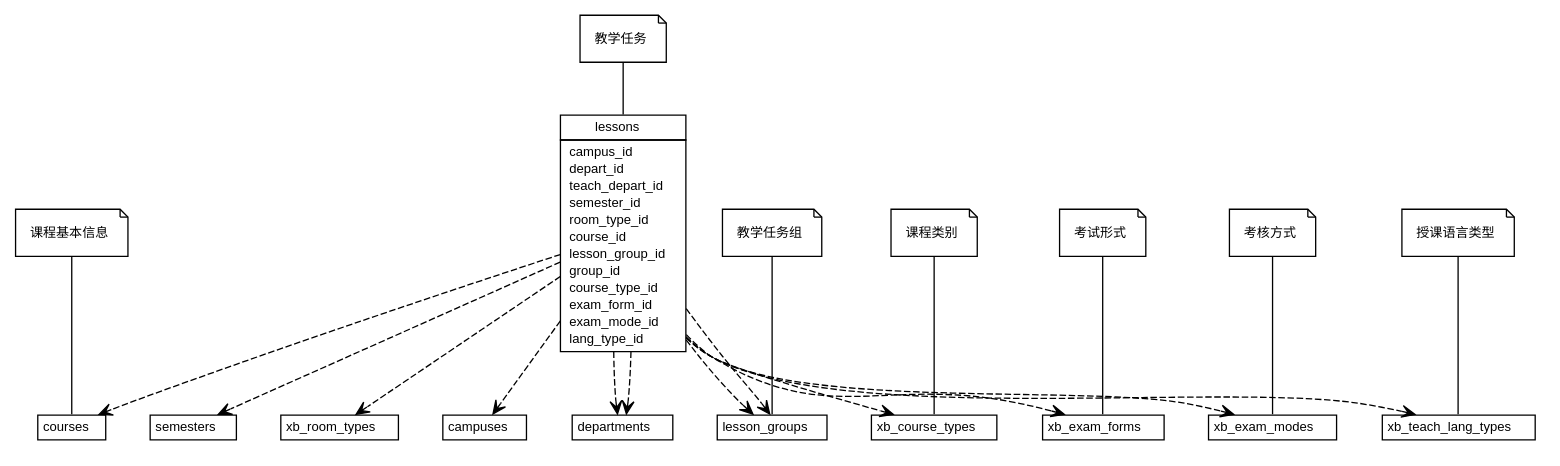
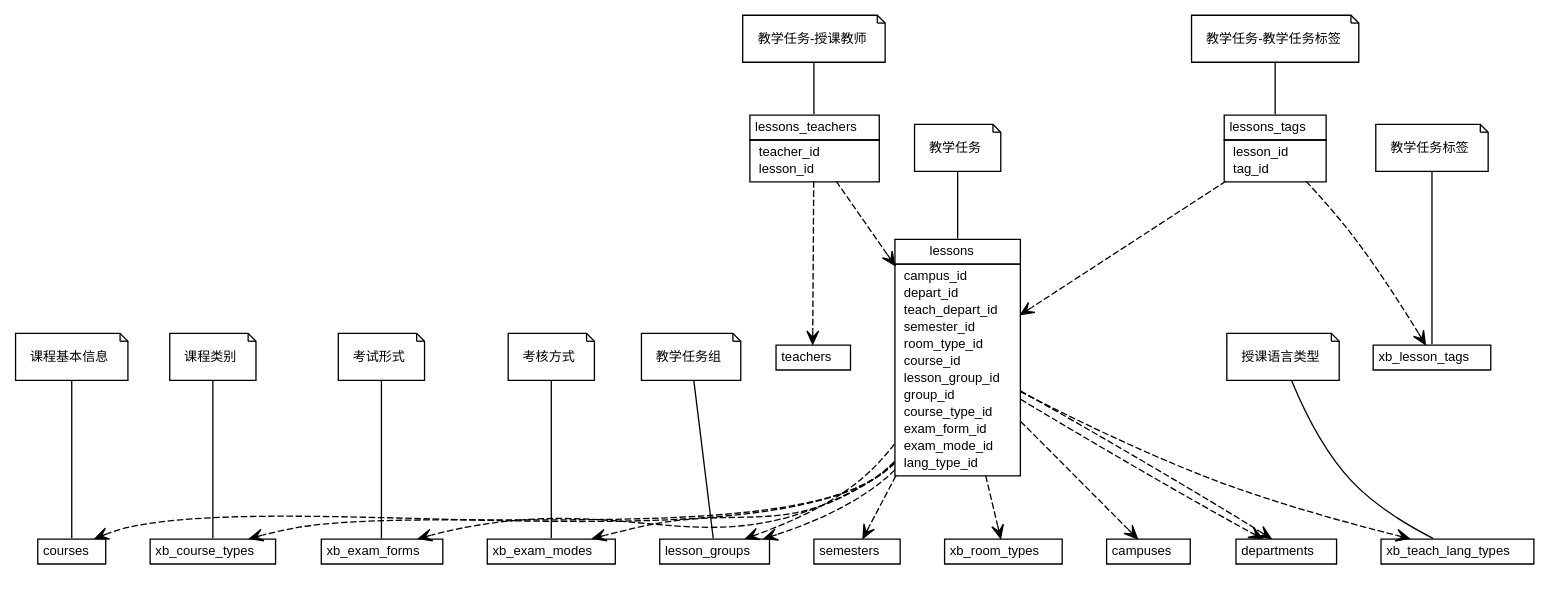
Before and after one commit to openurp/openurp.github.io: the diagram in module/model/urp_edu_teach/images/lesson.dot, drawn with Graphviz. The commit also changed 138 other files, not shown here.

```diff
--- a/module/model/urp_edu_teach/images/lesson.dot
+++ b/module/model/urp_edu_teach/images/lesson.dot
@@ -9,8 +9,42 @@
 	node [fontname="Helvetica",fontsize=10,shape=plaintext];
 	nodesep=0.25;
 	ranksep=0.5;
+	// lessons_tags
+	c37 [label=<<table title="lessons_tags" border="0" cellborder="1" cellspacing="0" cellpadding="2" port="p">
+		<tr><td><table border="0" cellspacing="0" cellpadding="1">
+<tr><td align="center" balign="center"> lessons_tags </td></tr>
+		</table></td></tr>
+		<tr><td><table border="0" cellspacing="0" cellpadding="1">
+<tr><td align="left" balign="left">  lesson_id </td></tr>
+<tr><td align="left" balign="left">  tag_id </td></tr>
+		</table></td></tr>
+		</table>>, URL="null", fontname="Helvetica", fontcolor="black", fontsize=10.0];
+	// Note annotation
+	n0cc37 [label=<<table title="lessons_tags" border="0" cellborder="0" cellspacing="0" cellpadding="2" port="p">
+		<tr><td><table border="0" cellspacing="0" cellpadding="1">
+<tr><td align="left" balign="left"> 教学任务-教学任务标签 </td></tr>
+		</table></td></tr>
+		</table>>, fontname="Helvetica", fontcolor="black", fontsize=10.0, shape=note];
+	n0cc37 -> c37:p[arrowhead=none];
+	// lessons_teachers
+	c38 [label=<<table title="lessons_teachers" border="0" cellborder="1" cellspacing="0" cellpadding="2" port="p">
+		<tr><td><table border="0" cellspacing="0" cellpadding="1">
+<tr><td align="center" balign="center"> lessons_teachers </td></tr>
+		</table></td></tr>
+		<tr><td><table border="0" cellspacing="0" cellpadding="1">
+<tr><td align="left" balign="left">  teacher_id </td></tr>
+<tr><td align="left" balign="left">  lesson_id </td></tr>
+		</table></td></tr>
+		</table>>, URL="null", fontname="Helvetica", fontcolor="black", fontsize=10.0];
+	// Note annotation
+	n0cc38 [label=<<table title="lessons_teachers" border="0" cellborder="0" cellspacing="0" cellpadding="2" port="p">
+		<tr><td><table border="0" cellspacing="0" cellpadding="1">
+<tr><td align="left" balign="left"> 教学任务-授课教师 </td></tr>
+		</table></td></tr>
+		</table>>, fontname="Helvetica", fontcolor="black", fontsize=10.0, shape=note];
+	n0cc38 -> c38:p[arrowhead=none];
 	// lessons
-	c9 [label=<<table title="lessons" border="0" cellborder="1" cellspacing="0" cellpadding="2" port="p">
+	c39 [label=<<table title="lessons" border="0" cellborder="1" cellspacing="0" cellpadding="2" port="p">
 		<tr><td><table border="0" cellspacing="0" cellpadding="1">
 <tr><td align="center" balign="center"> lessons </td></tr>
 		</table></td></tr>
@@ -30,136 +64,163 @@
 		</table></td></tr>
 		</table>>, URL="null", fontname="Helvetica", fontcolor="black", fontsize=10.0];
 	// Note annotation
-	n0cc9 [label=<<table title="lessons" border="0" cellborder="0" cellspacing="0" cellpadding="2" port="p">
+	n0cc39 [label=<<table title="lessons" border="0" cellborder="0" cellspacing="0" cellpadding="2" port="p">
 		<tr><td><table border="0" cellspacing="0" cellpadding="1">
 <tr><td align="left" balign="left"> 教学任务 </td></tr>
 		</table></td></tr>
 		</table>>, fontname="Helvetica", fontcolor="black", fontsize=10.0, shape=note];
-	n0cc9 -> c9:p[arrowhead=none];
+	n0cc39 -> c39:p[arrowhead=none];
+	// xb_lesson_tags
+	c40 [label=<<table title="xb_lesson_tags" border="0" cellborder="1" cellspacing="0" cellpadding="2" port="p">
+		<tr><td><table border="0" cellspacing="0" cellpadding="1">
+<tr><td align="center" balign="center"> xb_lesson_tags </td></tr>
+		</table></td></tr>
+		</table>>, URL="null", fontname="Helvetica", fontcolor="black", fontsize=10.0];
+	// Note annotation
+	n0cc40 [label=<<table title="xb_lesson_tags" border="0" cellborder="0" cellspacing="0" cellpadding="2" port="p">
+		<tr><td><table border="0" cellspacing="0" cellpadding="1">
+<tr><td align="left" balign="left"> 教学任务标签 </td></tr>
+		</table></td></tr>
+		</table>>, fontname="Helvetica", fontcolor="black", fontsize=10.0, shape=note];
+	n0cc40 -> c40:p[arrowhead=none];
+	// teachers
+	c41 [label=<<table title="teachers" border="0" cellborder="1" cellspacing="0" cellpadding="2" port="p">
+		<tr><td><table border="0" cellspacing="0" cellpadding="1">
+<tr><td align="center" balign="center"> teachers </td></tr>
+		</table></td></tr>
+		</table>>, URL="null", fontname="Helvetica", fontcolor="black", fontsize=10.0];
 	// campuses
-	c10 [label=<<table title="campuses" border="0" cellborder="1" cellspacing="0" cellpadding="2" port="p">
+	c42 [label=<<table title="campuses" border="0" cellborder="1" cellspacing="0" cellpadding="2" port="p">
 		<tr><td><table border="0" cellspacing="0" cellpadding="1">
 <tr><td align="center" balign="center"> campuses </td></tr>
 		</table></td></tr>
 		</table>>, URL="null", fontname="Helvetica", fontcolor="black", fontsize=10.0];
 	// departments
-	c11 [label=<<table title="departments" border="0" cellborder="1" cellspacing="0" cellpadding="2" port="p">
+	c43 [label=<<table title="departments" border="0" cellborder="1" cellspacing="0" cellpadding="2" port="p">
 		<tr><td><table border="0" cellspacing="0" cellpadding="1">
 <tr><td align="center" balign="center"> departments </td></tr>
 		</table></td></tr>
 		</table>>, URL="null", fontname="Helvetica", fontcolor="black", fontsize=10.0];
 	// semesters
-	c12 [label=<<table title="semesters" border="0" cellborder="1" cellspacing="0" cellpadding="2" port="p">
+	c44 [label=<<table title="semesters" border="0" cellborder="1" cellspacing="0" cellpadding="2" port="p">
 		<tr><td><table border="0" cellspacing="0" cellpadding="1">
 <tr><td align="center" balign="center"> semesters </td></tr>
 		</table></td></tr>
 		</table>>, URL="null", fontname="Helvetica", fontcolor="black", fontsize=10.0];
 	// xb_room_types
-	c13 [label=<<table title="xb_room_types" border="0" cellborder="1" cellspacing="0" cellpadding="2" port="p">
+	c45 [label=<<table title="xb_room_types" border="0" cellborder="1" cellspacing="0" cellpadding="2" port="p">
 		<tr><td><table border="0" cellspacing="0" cellpadding="1">
 <tr><td align="center" balign="center"> xb_room_types </td></tr>
 		</table></td></tr>
 		</table>>, URL="null", fontname="Helvetica", fontcolor="black", fontsize=10.0];
 	// courses
-	c14 [label=<<table title="courses" border="0" cellborder="1" cellspacing="0" cellpadding="2" port="p">
+	c46 [label=<<table title="courses" border="0" cellborder="1" cellspacing="0" cellpadding="2" port="p">
 		<tr><td><table border="0" cellspacing="0" cellpadding="1">
 <tr><td align="center" balign="center"> courses </td></tr>
 		</table></td></tr>
 		</table>>, URL="null", fontname="Helvetica", fontcolor="black", fontsize=10.0];
 	// Note annotation
-	n0cc14 [label=<<table title="courses" border="0" cellborder="0" cellspacing="0" cellpadding="2" port="p">
+	n0cc46 [label=<<table title="courses" border="0" cellborder="0" cellspacing="0" cellpadding="2" port="p">
 		<tr><td><table border="0" cellspacing="0" cellpadding="1">
 <tr><td align="left" balign="left"> 课程基本信息 </td></tr>
 		</table></td></tr>
 		</table>>, fontname="Helvetica", fontcolor="black", fontsize=10.0, shape=note];
-	n0cc14 -> c14:p[arrowhead=none];
+	n0cc46 -> c46:p[arrowhead=none];
 	// lesson_groups
-	c15 [label=<<table title="lesson_groups" border="0" cellborder="1" cellspacing="0" cellpadding="2" port="p">
+	c47 [label=<<table title="lesson_groups" border="0" cellborder="1" cellspacing="0" cellpadding="2" port="p">
 		<tr><td><table border="0" cellspacing="0" cellpadding="1">
 <tr><td align="center" balign="center"> lesson_groups </td></tr>
 		</table></td></tr>
 		</table>>, URL="null", fontname="Helvetica", fontcolor="black", fontsize=10.0];
 	// Note annotation
-	n0cc15 [label=<<table title="lesson_groups" border="0" cellborder="0" cellspacing="0" cellpadding="2" port="p">
+	n0cc47 [label=<<table title="lesson_groups" border="0" cellborder="0" cellspacing="0" cellpadding="2" port="p">
 		<tr><td><table border="0" cellspacing="0" cellpadding="1">
 <tr><td align="left" balign="left"> 教学任务组 </td></tr>
 		</table></td></tr>
 		</table>>, fontname="Helvetica", fontcolor="black", fontsize=10.0, shape=note];
-	n0cc15 -> c15:p[arrowhead=none];
+	n0cc47 -> c47:p[arrowhead=none];
 	// xb_course_types
-	c16 [label=<<table title="xb_course_types" border="0" cellborder="1" cellspacing="0" cellpadding="2" port="p">
+	c48 [label=<<table title="xb_course_types" border="0" cellborder="1" cellspacing="0" cellpadding="2" port="p">
 		<tr><td><table border="0" cellspacing="0" cellpadding="1">
 <tr><td align="center" balign="center"> xb_course_types </td></tr>
 		</table></td></tr>
 		</table>>, URL="null", fontname="Helvetica", fontcolor="black", fontsize=10.0];
 	// Note annotation
-	n0cc16 [label=<<table title="xb_course_types" border="0" cellborder="0" cellspacing="0" cellpadding="2" port="p">
+	n0cc48 [label=<<table title="xb_course_types" border="0" cellborder="0" cellspacing="0" cellpadding="2" port="p">
 		<tr><td><table border="0" cellspacing="0" cellpadding="1">
 <tr><td align="left" balign="left"> 课程类别 </td></tr>
 		</table></td></tr>
 		</table>>, fontname="Helvetica", fontcolor="black", fontsize=10.0, shape=note];
-	n0cc16 -> c16:p[arrowhead=none];
+	n0cc48 -> c48:p[arrowhead=none];
 	// xb_exam_forms
-	c17 [label=<<table title="xb_exam_forms" border="0" cellborder="1" cellspacing="0" cellpadding="2" port="p">
+	c49 [label=<<table title="xb_exam_forms" border="0" cellborder="1" cellspacing="0" cellpadding="2" port="p">
 		<tr><td><table border="0" cellspacing="0" cellpadding="1">
 <tr><td align="center" balign="center"> xb_exam_forms </td></tr>
 		</table></td></tr>
 		</table>>, URL="null", fontname="Helvetica", fontcolor="black", fontsize=10.0];
 	// Note annotation
-	n0cc17 [label=<<table title="xb_exam_forms" border="0" cellborder="0" cellspacing="0" cellpadding="2" port="p">
+	n0cc49 [label=<<table title="xb_exam_forms" border="0" cellborder="0" cellspacing="0" cellpadding="2" port="p">
 		<tr><td><table border="0" cellspacing="0" cellpadding="1">
 <tr><td align="left" balign="left"> 考试形式 </td></tr>
 		</table></td></tr>
 		</table>>, fontname="Helvetica", fontcolor="black", fontsize=10.0, shape=note];
-	n0cc17 -> c17:p[arrowhead=none];
+	n0cc49 -> c49:p[arrowhead=none];
 	// xb_exam_modes
-	c18 [label=<<table title="xb_exam_modes" border="0" cellborder="1" cellspacing="0" cellpadding="2" port="p">
+	c50 [label=<<table title="xb_exam_modes" border="0" cellborder="1" cellspacing="0" cellpadding="2" port="p">
 		<tr><td><table border="0" cellspacing="0" cellpadding="1">
 <tr><td align="center" balign="center"> xb_exam_modes </td></tr>
 		</table></td></tr>
 		</table>>, URL="null", fontname="Helvetica", fontcolor="black", fontsize=10.0];
 	// Note annotation
-	n0cc18 [label=<<table title="xb_exam_modes" border="0" cellborder="0" cellspacing="0" cellpadding="2" port="p">
+	n0cc50 [label=<<table title="xb_exam_modes" border="0" cellborder="0" cellspacing="0" cellpadding="2" port="p">
 		<tr><td><table border="0" cellspacing="0" cellpadding="1">
 <tr><td align="left" balign="left"> 考核方式 </td></tr>
 		</table></td></tr>
 		</table>>, fontname="Helvetica", fontcolor="black", fontsize=10.0, shape=note];
-	n0cc18 -> c18:p[arrowhead=none];
+	n0cc50 -> c50:p[arrowhead=none];
 	// xb_teach_lang_types
-	c19 [label=<<table title="xb_teach_lang_types" border="0" cellborder="1" cellspacing="0" cellpadding="2" port="p">
+	c51 [label=<<table title="xb_teach_lang_types" border="0" cellborder="1" cellspacing="0" cellpadding="2" port="p">
 		<tr><td><table border="0" cellspacing="0" cellpadding="1">
 <tr><td align="center" balign="center"> xb_teach_lang_types </td></tr>
 		</table></td></tr>
 		</table>>, URL="null", fontname="Helvetica", fontcolor="black", fontsize=10.0];
 	// Note annotation
-	n0cc19 [label=<<table title="xb_teach_lang_types" border="0" cellborder="0" cellspacing="0" cellpadding="2" port="p">
+	n0cc51 [label=<<table title="xb_teach_lang_types" border="0" cellborder="0" cellspacing="0" cellpadding="2" port="p">
 		<tr><td><table border="0" cellspacing="0" cellpadding="1">
 <tr><td align="left" balign="left"> 授课语言类型 </td></tr>
 		</table></td></tr>
 		</table>>, fontname="Helvetica", fontcolor="black", fontsize=10.0, shape=note];
-	n0cc19 -> c19:p[arrowhead=none];
+	n0cc51 -> c51:p[arrowhead=none];
+	// lessons_tags DEPEND lessons
+	c37:p -> c39:p [taillabel="", label="", headlabel="", fontname="Helvetica", fontcolor="black", fontsize=10.0, color="black", arrowhead=open, style=dashed];
+	// lessons_tags DEPEND xb_lesson_tags
+	c37:p -> c40:p [taillabel="", label="", headlabel="", fontname="Helvetica", fontcolor="black", fontsize=10.0, color="black", arrowhead=open, style=dashed];
+	// lessons_teachers DEPEND teachers
+	c38:p -> c41:p [taillabel="", label="", headlabel="", fontname="Helvetica", fontcolor="black", fontsize=10.0, color="black", arrowhead=open, style=dashed];
+	// lessons_teachers DEPEND lessons
+	c38:p -> c39:p [taillabel="", label="", headlabel="", fontname="Helvetica", fontcolor="black", fontsize=10.0, color="black", arrowhead=open, style=dashed];
 	// lessons DEPEND campuses
-	c9:p -> c10:p [taillabel="", label="", headlabel="", fontname="Helvetica", fontcolor="black", fontsize=10.0, color="black", arrowhead=open, style=dashed];
+	c39:p -> c42:p [taillabel="", label="", headlabel="", fontname="Helvetica", fontcolor="black", fontsize=10.0, color="black", arrowhead=open, style=dashed];
 	// lessons DEPEND departments
-	c9:p -> c11:p [taillabel="", label="", headlabel="", fontname="Helvetica", fontcolor="black", fontsize=10.0, color="black", arrowhead=open, style=dashed];
+	c39:p -> c43:p [taillabel="", label="", headlabel="", fontname="Helvetica", fontcolor="black", fontsize=10.0, color="black", arrowhead=open, style=dashed];
 	// lessons DEPEND departments
-	c9:p -> c11:p [taillabel="", label="", headlabel="", fontname="Helvetica", fontcolor="black", fontsize=10.0, color="black", arrowhead=open, style=dashed];
+	c39:p -> c43:p [taillabel="", label="", headlabel="", fontname="Helvetica", fontcolor="black", fontsize=10.0, color="black", arrowhead=open, style=dashed];
 	// lessons DEPEND semesters
-	c9:p -> c12:p [taillabel="", label="", headlabel="", fontname="Helvetica", fontcolor="black", fontsize=10.0, color="black", arrowhead=open, style=dashed];
+	c39:p -> c44:p [taillabel="", label="", headlabel="", fontname="Helvetica", fontcolor="black", fontsize=10.0, color="black", arrowhead=open, style=dashed];
 	// lessons DEPEND xb_room_types
-	c9:p -> c13:p [taillabel="", label="", headlabel="", fontname="Helvetica", fontcolor="black", fontsize=10.0, color="black", arrowhead=open, style=dashed];
+	c39:p -> c45:p [taillabel="", label="", headlabel="", fontname="Helvetica", fontcolor="black", fontsize=10.0, color="black", arrowhead=open, style=dashed];
 	// lessons DEPEND courses
-	c9:p -> c14:p [taillabel="", label="", headlabel="", fontname="Helvetica", fontcolor="black", fontsize=10.0, color="black", arrowhead=open, style=dashed];
+	c39:p -> c46:p [taillabel="", label="", headlabel="", fontname="Helvetica", fontcolor="black", fontsize=10.0, color="black", arrowhead=open, style=dashed];
 	// lessons DEPEND lesson_groups
-	c9:p -> c15:p [taillabel="", label="", headlabel="", fontname="Helvetica", fontcolor="black", fontsize=10.0, color="black", arrowhead=open, style=dashed];
+	c39:p -> c47:p [taillabel="", label="", headlabel="", fontname="Helvetica", fontcolor="black", fontsize=10.0, color="black", arrowhead=open, style=dashed];
 	// lessons DEPEND lesson_groups
-	c9:p -> c15:p [taillabel="", label="", headlabel="", fontname="Helvetica", fontcolor="black", fontsize=10.0, color="black", arrowhead=open, style=dashed];
+	c39:p -> c47:p [taillabel="", label="", headlabel="", fontname="Helvetica", fontcolor="black", fontsize=10.0, color="black", arrowhead=open, style=dashed];
 	// lessons DEPEND xb_course_types
-	c9:p -> c16:p [taillabel="", label="", headlabel="", fontname="Helvetica", fontcolor="black", fontsize=10.0, color="black", arrowhead=open, style=dashed];
+	c39:p -> c48:p [taillabel="", label="", headlabel="", fontname="Helvetica", fontcolor="black", fontsize=10.0, color="black", arrowhead=open, style=dashed];
 	// lessons DEPEND xb_exam_forms
-	c9:p -> c17:p [taillabel="", label="", headlabel="", fontname="Helvetica", fontcolor="black", fontsize=10.0, color="black", arrowhead=open, style=dashed];
+	c39:p -> c49:p [taillabel="", label="", headlabel="", fontname="Helvetica", fontcolor="black", fontsize=10.0, color="black", arrowhead=open, style=dashed];
 	// lessons DEPEND xb_exam_modes
-	c9:p -> c18:p [taillabel="", label="", headlabel="", fontname="Helvetica", fontcolor="black", fontsize=10.0, color="black", arrowhead=open, style=dashed];
+	c39:p -> c50:p [taillabel="", label="", headlabel="", fontname="Helvetica", fontcolor="black", fontsize=10.0, color="black", arrowhead=open, style=dashed];
 	// lessons DEPEND xb_teach_lang_types
-	c9:p -> c19:p [taillabel="", label="", headlabel="", fontname="Helvetica", fontcolor="black", fontsize=10.0, color="black", arrowhead=open, style=dashed];
+	c39:p -> c51:p [taillabel="", label="", headlabel="", fontname="Helvetica", fontcolor="black", fontsize=10.0, color="black", arrowhead=open, style=dashed];
 }
```
